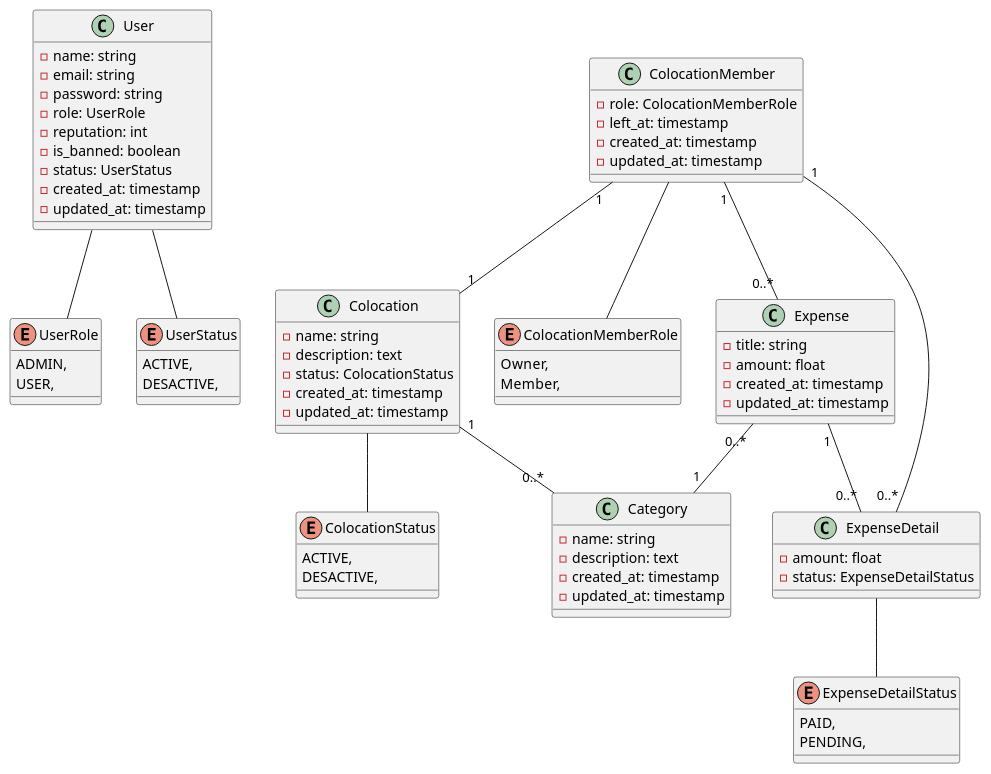
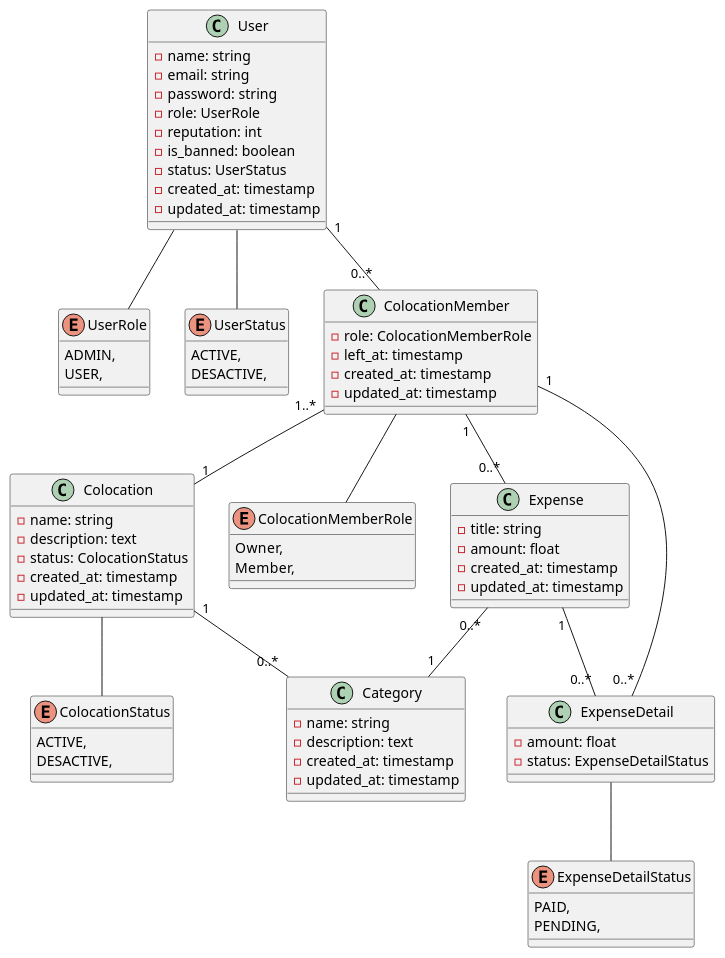
The diagram in uml/ClassDiagram.puml (Badr-Eddine-Slaoui/EasyColoc), drawn with PlantUML before and after one commit. The commit also changed 3 other files, not shown here.

Commit message:
Update Diagrams

```diff
--- a/uml/ClassDiagram.puml
+++ b/uml/ClassDiagram.puml
@@ -1,95 +1,97 @@
 @startuml
 
     enum UserRole{
         ADMIN,
         USER,
     }
 
     enum UserStatus{
         ACTIVE,
         DESACTIVE,
     }
 
     class User{
         - name: string
         - email: string
         - password: string
         - role: UserRole
         - reputation: int
         - is_banned: boolean
         - status: UserStatus
         - created_at: timestamp
         - updated_at: timestamp
     }
 
     User -- UserRole
     User -- UserStatus
 
     enum ColocationStatus{
         ACTIVE,
         DESACTIVE,
     }
 
     class Colocation{
         - name: string
         - description: text
         - status: ColocationStatus
         - created_at: timestamp
         - updated_at: timestamp
     }
 
     Colocation -- ColocationStatus
 
     enum ColocationMemberRole{
         Owner,
         Member,
     }
 
     class ColocationMember{
         - role: ColocationMemberRole
         - left_at: timestamp
         - created_at: timestamp
         - updated_at: timestamp
     }
 
     ColocationMember -- ColocationMemberRole
 
     class Category{
         - name: string
         - description: text
         - created_at: timestamp
         - updated_at: timestamp
     }
 
     class Expense{
         - title: string 
         - amount: float
         - created_at: timestamp
         - updated_at: timestamp
     }
 
     enum ExpenseDetailStatus{
         PAID,
         PENDING,
     }
 
     class ExpenseDetail{
         - amount: float
         - status: ExpenseDetailStatus
     }
 
+    User "1" -- "0..*" ColocationMember
+
     ExpenseDetail -- ExpenseDetailStatus
 
-    ColocationMember "1" -- "1" Colocation
+    ColocationMember "1..*" -- "1" Colocation
 
     ColocationMember "1" -- "0..*" Expense
 
     ColocationMember "1" -- "0..*" ExpenseDetail
 
     Colocation "1" -- "0..*" Category
 
     Expense "0..*" -- "1" Category
 
     Expense "1" -- "0..*" ExpenseDetail
 
 @enduml
```
